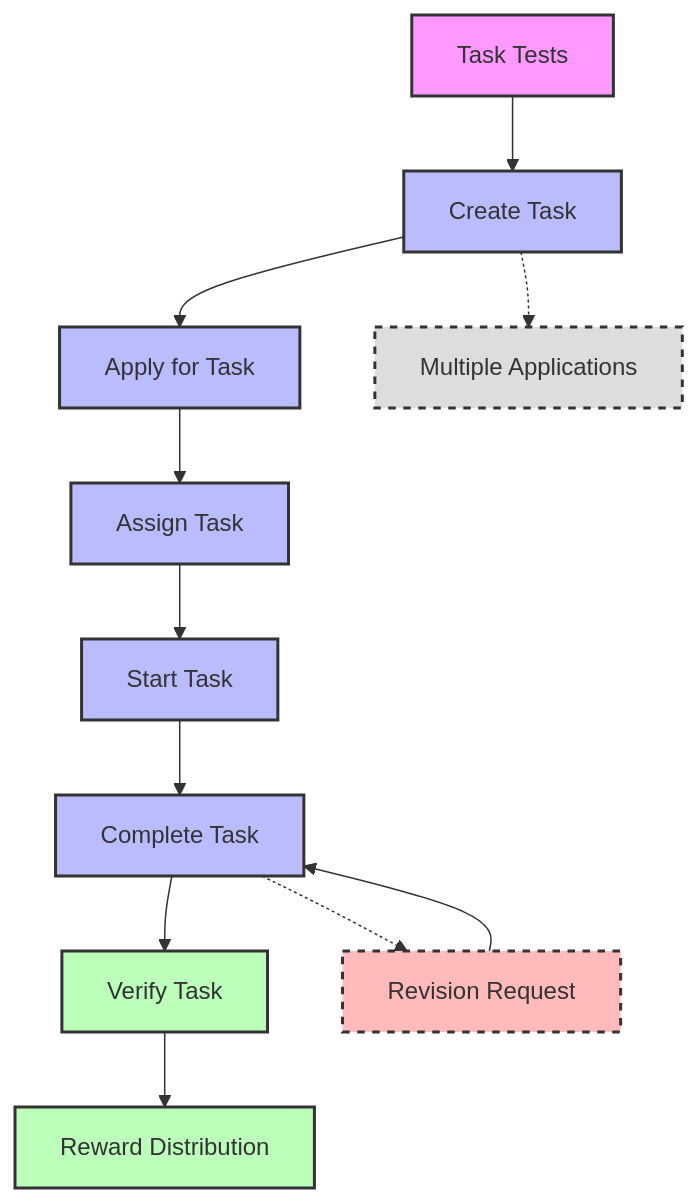
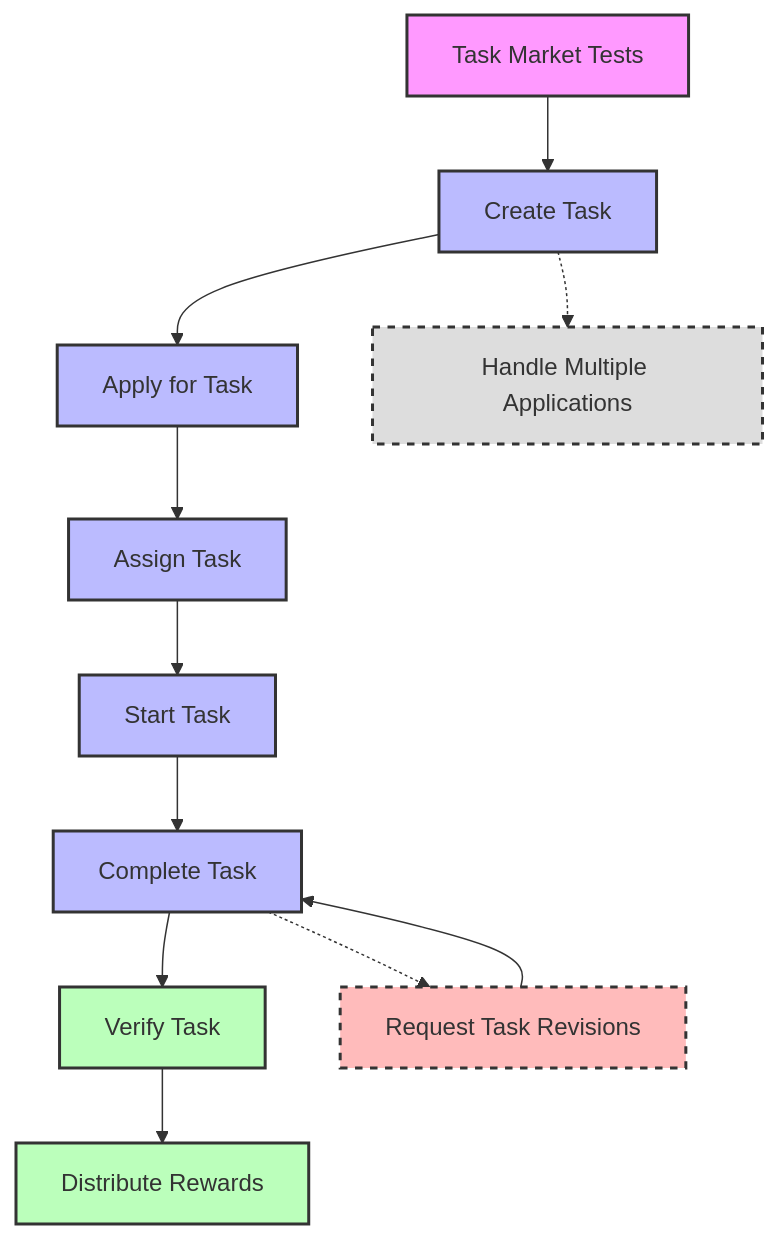
The fourth of 5 diagrams in packages/foundry/test/test-workflow.md (Buidl-Land/DappFlow), drawn with Mermaid before and after one commit. The commit also changed other lines of this file and 22 other files, not shown here.

First line of the commit message:
Refactor project structure and enhance Diamond contract architecture

````diff
--- a/packages/foundry/test/test-workflow.md
+++ b/packages/foundry/test/test-workflow.md
@@ -65,25 +67,25 @@
 ```mermaid
 graph TD
-    A[Task Tests] --> B[Create Task]
+    A[Task Market Tests] --> B[Create Task]
     B --> C[Apply for Task]
     C --> D[Assign Task]
     D --> E[Start Task]
     E --> F[Complete Task]
     F --> G[Verify Task]
-    G --> H[Reward Distribution]
+    G --> H[Distribute Rewards]
 
-    B -.-> I[Multiple Applications]
-    F -.-> J[Revision Request]
+    B -.-> I[Handle Multiple Applications]
+    F -.-> J[Request Task Revisions]
     J --> F
 
     style A fill:#f9f,stroke:#333,stroke-width:2px
     style B fill:#bbf,stroke:#333,stroke-width:2px
     style C fill:#bbf,stroke:#333,stroke-width:2px
     style D fill:#bbf,stroke:#333,stroke-width:2px
     style E fill:#bbf,stroke:#333,stroke-width:2px
     style F fill:#bbf,stroke:#333,stroke-width:2px
     style G fill:#bfb,stroke:#333,stroke-width:2px
     style H fill:#bfb,stroke:#333,stroke-width:2px
     style I fill:#ddd,stroke:#333,stroke-width:2px,stroke-dasharray: 5
     style J fill:#fbb,stroke:#333,stroke-width:2px,stroke-dasharray: 5
 ```
````
